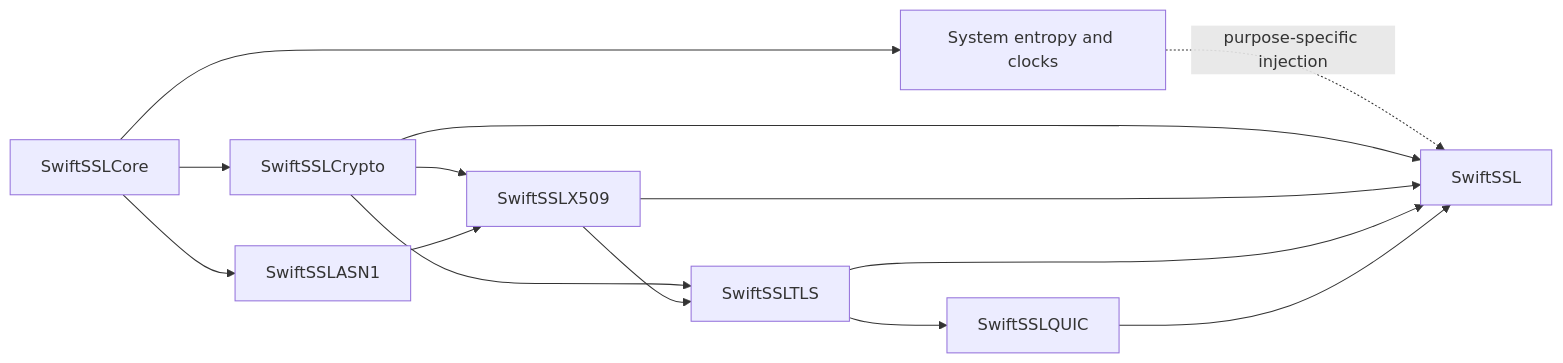
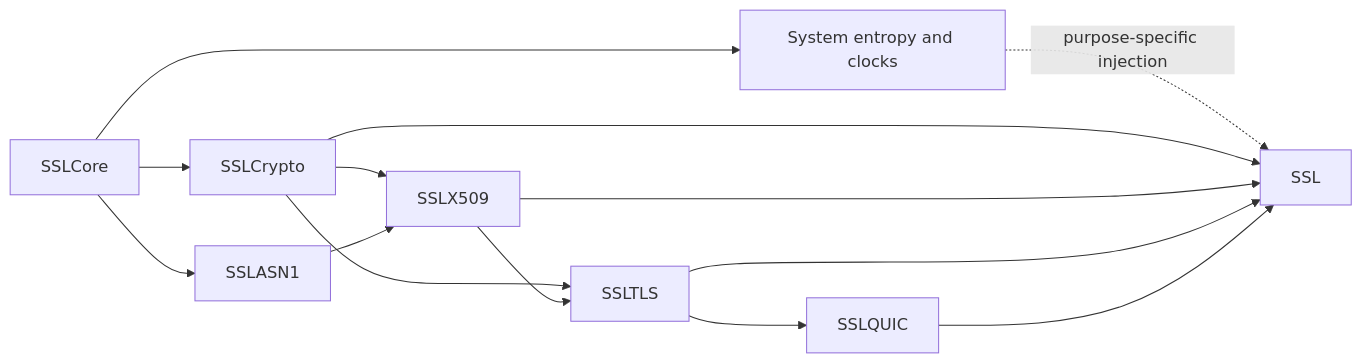
The diagram in README.md (1amageek/swift-ssl), drawn with Mermaid before and after one commit. The commit also changed other lines of this file and 1106 other files, not shown here.

Commit message:
Rename SwiftSSL modules to SSL

````diff
--- a/README.md
+++ b/README.md
@@ -16,16 +16,16 @@
 ```mermaid
 flowchart LR
-    Core[SwiftSSLCore] --> Crypto[SwiftSSLCrypto]
-    Core --> ASN1[SwiftSSLASN1]
-    Crypto --> X509[SwiftSSLX509]
+    Core[SSLCore] --> Crypto[SSLCrypto]
+    Core --> ASN1[SSLASN1]
+    Crypto --> X509[SSLX509]
     ASN1 --> X509
-    Crypto --> TLS[SwiftSSLTLS]
+    Crypto --> TLS[SSLTLS]
     X509 --> TLS
-    TLS --> QUIC[SwiftSSLQUIC]
+    TLS --> QUIC[SSLQUIC]
     Core --> Adapters["System entropy and clocks"]
-    Adapters -. purpose-specific injection .-> Facade[SwiftSSL]
+    Adapters -. purpose-specific injection .-> Facade[SSL]
     Crypto --> Facade
     X509 --> Facade
     TLS --> Facade
     QUIC --> Facade
 ```
````
